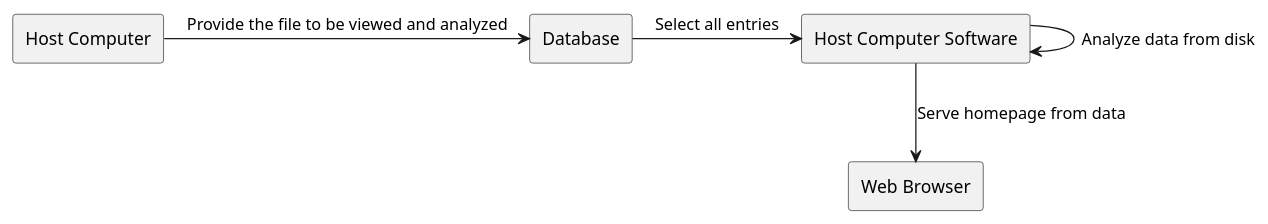
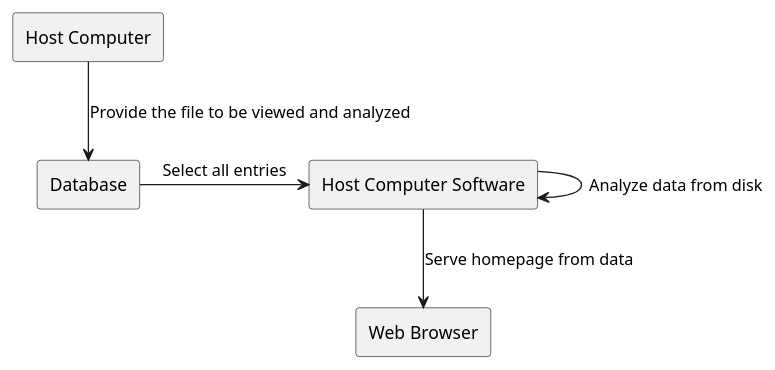
The diagram in M.O.S.I.S Host Software/Progress_Report_1/host_ui_communication_uc4.pu (fabiomatos999/M.O.S.I.S), drawn with PlantUML before and after one commit. The commit also changed 1 other file, not shown here.

Commit message:
Fix UC4 communication diagram

```diff
--- a/M.O.S.I.S Host Software/Progress_Report_1/host_ui_communication_uc4.pu
+++ b/M.O.S.I.S Host Software/Progress_Report_1/host_ui_communication_uc4.pu
@@ -1,11 +1,11 @@
 @startuml
 skinparam linestyle ortho
 rectangle "Host Computer" as HC
 rectangle "Host Computer Software" as HSC
 rectangle "Database" as DB
 rectangle "Web Browser" as WB
 DB -right-> HSC : "Select all entries"
-HC -> DB : "Provide the file to be viewed and analyzed"
+HC -down-> DB : "Provide the file to be viewed and analyzed"
 HSC -> HSC : "Analyze data from disk"
 HSC -down-> WB : "Serve homepage from data"
 @enduml
```
